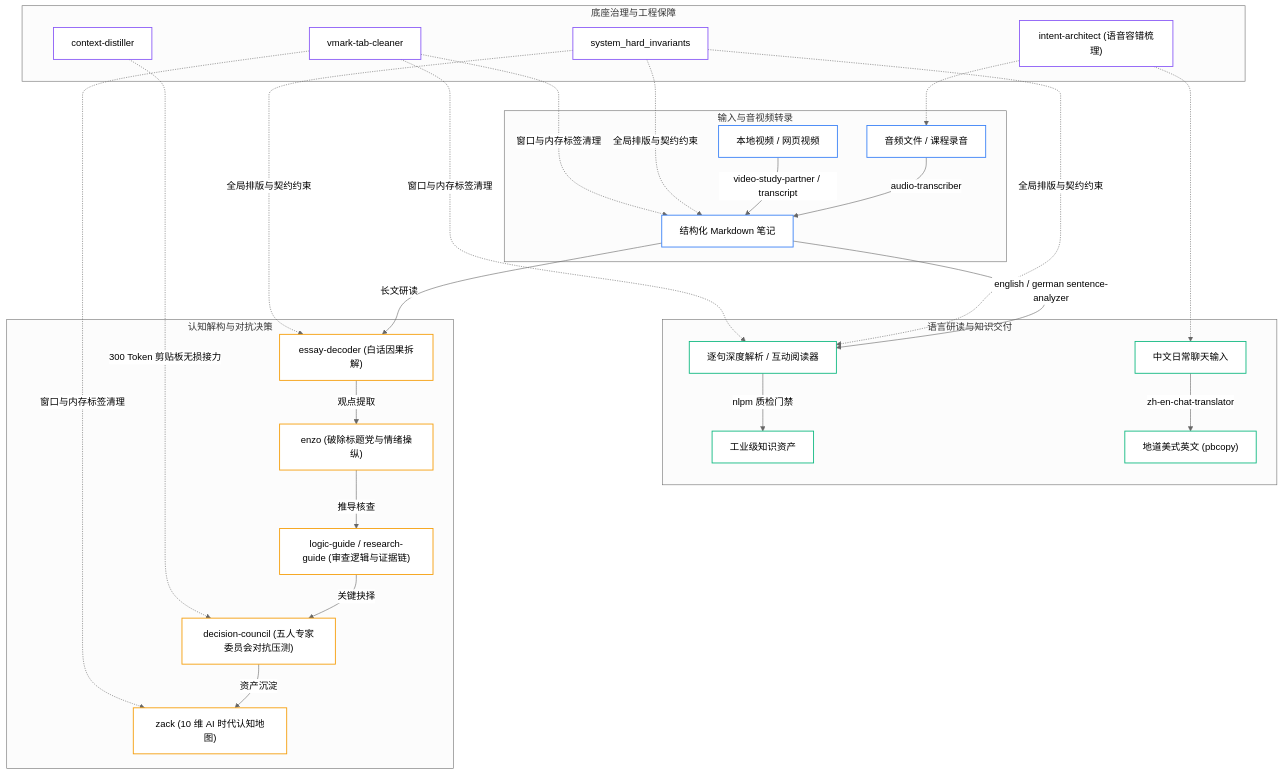
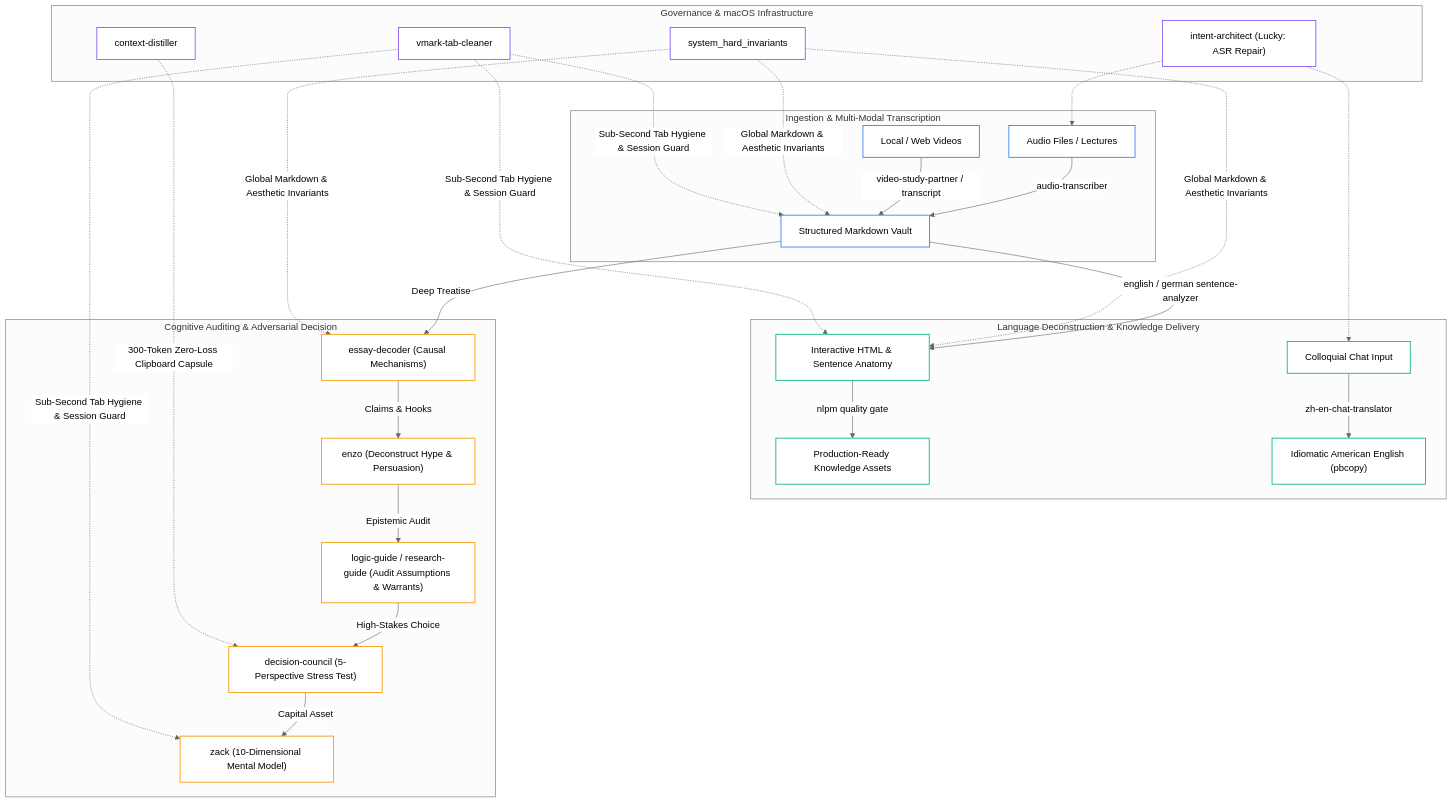
The diagram in README.md (chase-yuan/mac-ai-efficiency-kit), drawn with Mermaid (neutral theme) before and after one commit. The commit also changed other lines of this file and 2 other files, not shown here.

Commit message:
feat(i18n): deliver native English README.md with bilingual language switcher

````diff
--- a/README.md
+++ b/README.md
@@ -31,45 +34,45 @@
 ```mermaid
 flowchart TD
-    subgraph "输入与音视频转录"
-        A1["音频文件 / 课程录音"] -->|"audio-transcriber"| B1["结构化 Markdown 笔记"]
-        A2["本地视频 / 网页视频"] -->|"video-study-partner / transcript"| B1
+    subgraph "Ingestion & Multi-Modal Transcription"
+        A1["Audio Files / Lectures"] -->|"audio-transcriber"| B1["Structured Markdown Vault"]
+        A2["Local / Web Videos"] -->|"video-study-partner / transcript"| B1
     end
 
-    subgraph "语言研读与知识交付"
-        B1 -->|"english / german sentence-analyzer"| C1["逐句深度解析 / 互动阅读器"]
-        C1 -->|"nlpm 质检门禁"| C2["工业级知识资产"]
-        D1["中文日常聊天输入"] -->|"zh-en-chat-translator"| D2["地道美式英文 (pbcopy)"]
+    subgraph "Language Deconstruction & Knowledge Delivery"
+        B1 -->|"english / german sentence-analyzer"| C1["Interactive HTML & Sentence Anatomy"]
+        C1 -->|"nlpm quality gate"| C2["Production-Ready Knowledge Assets"]
+        D1["Colloquial Chat Input"] -->|"zh-en-chat-translator"| D2["Idiomatic American English (pbcopy)"]
     end
 
-    subgraph "认知解构与对抗决策"
-        B1 -->|"长文研读"| E1["essay-decoder (白话因果拆解)"]
-        E1 -->|"观点提取"| E2["enzo (破除标题党与情绪操纵)"]
-        E2 -->|"推导核查"| E3["logic-guide / research-guide (审查逻辑与证据链)"]
-        E3 -->|"关键抉择"| E4["decision-council (五人专家委员会对抗压测)"]
-        E4 -->|"资产沉淀"| E5["zack (10 维 AI 时代认知地图)"]
+    subgraph "Cognitive Auditing & Adversarial Decision"
+        B1 -->|"Deep Treatise"| E1["essay-decoder (Causal Mechanisms)"]
+        E1 -->|"Claims & Hooks"| E2["enzo (Deconstruct Hype & Persuasion)"]
+        E2 -->|"Epistemic Audit"| E3["logic-guide / research-guide (Audit Assumptions & Warrants)"]
+        E3 -->|"High-Stakes Choice"| E4["decision-council (5-Perspective Stress Test)"]
+        E4 -->|"Capital Asset"| E5["zack (10-Dimensional Mental Model)"]
     end
 
-    subgraph "底座治理与工程保障"
-        F1["intent-architect (语音容错梳理)"] -.-> A1 & D1
-        F2["system_hard_invariants"] -.->|"全局排版与契约约束"| B1 & C1 & E1
-        F3["context-distiller"] -.->|"300 Token 剪贴板无损接力"| E4
-        F4["vmark-tab-cleaner"] -.->|"窗口与内存标签清理"| B1 & C1 & E5
+    subgraph "Governance & macOS Infrastructure"
+        F1["intent-architect (Lucky: ASR Repair)"] -.-> A1 & D1
+        F2["system_hard_invariants"] -.->|"Global Markdown & Aesthetic Invariants"| B1 & C1 & E1
+        F3["context-distiller"] -.->|"300-Token Zero-Loss Clipboard Capsule"| E4
+        F4["vmark-tab-cleaner"] -.->|"Sub-Second Tab Hygiene & Session Guard"| B1 & C1 & E5
     end
 
     style A1 fill:#ffffff,stroke:#3b82f6,stroke-width:1.5px
     style A2 fill:#ffffff,stroke:#3b82f6,stroke-width:1.5px
     style B1 fill:#ffffff,stroke:#3b82f6,stroke-width:1.5px
     style C1 fill:#ffffff,stroke:#10b981,stroke-width:1.5px
     style C2 fill:#ffffff,stroke:#10b981,stroke-width:1.5px
     style D1 fill:#ffffff,stroke:#10b981,stroke-width:1.5px
     style D2 fill:#ffffff,stroke:#10b981,stroke-width:1.5px
     style E1 fill:#ffffff,stroke:#f59e0b,stroke-width:1.5px
     style E2 fill:#ffffff,stroke:#f59e0b,stroke-width:1.5px
     style E3 fill:#ffffff,stroke:#f59e0b,stroke-width:1.5px
     style E4 fill:#ffffff,stroke:#f59e0b,stroke-width:1.5px
     style E5 fill:#ffffff,stroke:#f59e0b,stroke-width:1.5px
     style F1 fill:#ffffff,stroke:#8b5cf6,stroke-width:1.5px
     style F2 fill:#ffffff,stroke:#8b5cf6,stroke-width:1.5px
     style F3 fill:#ffffff,stroke:#8b5cf6,stroke-width:1.5px
     style F4 fill:#ffffff,stroke:#8b5cf6,stroke-width:1.5px
 ```
````
